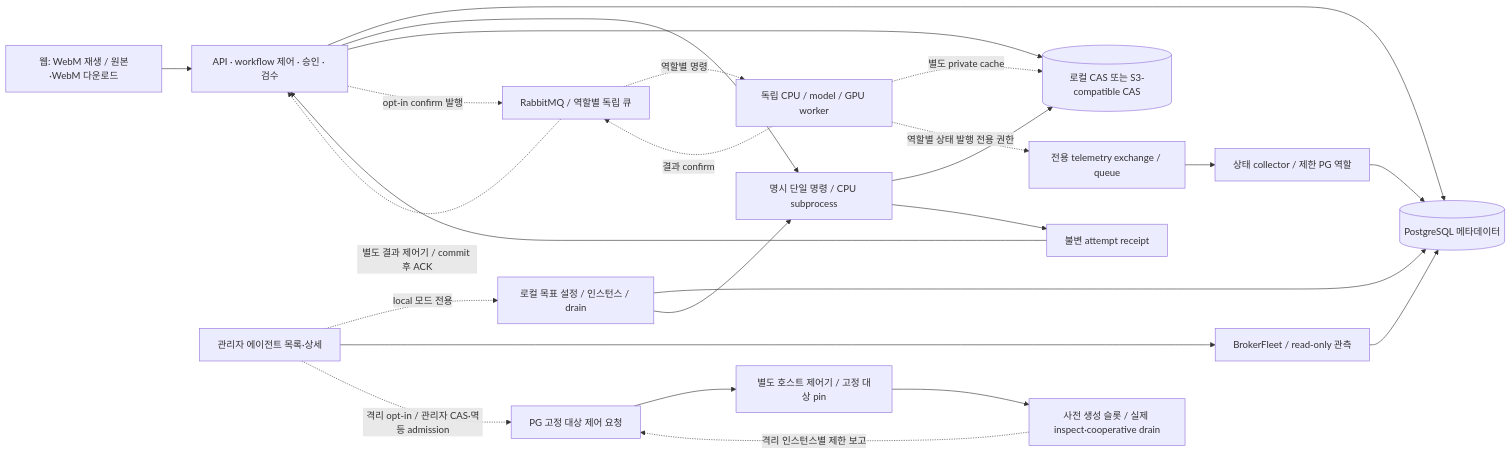
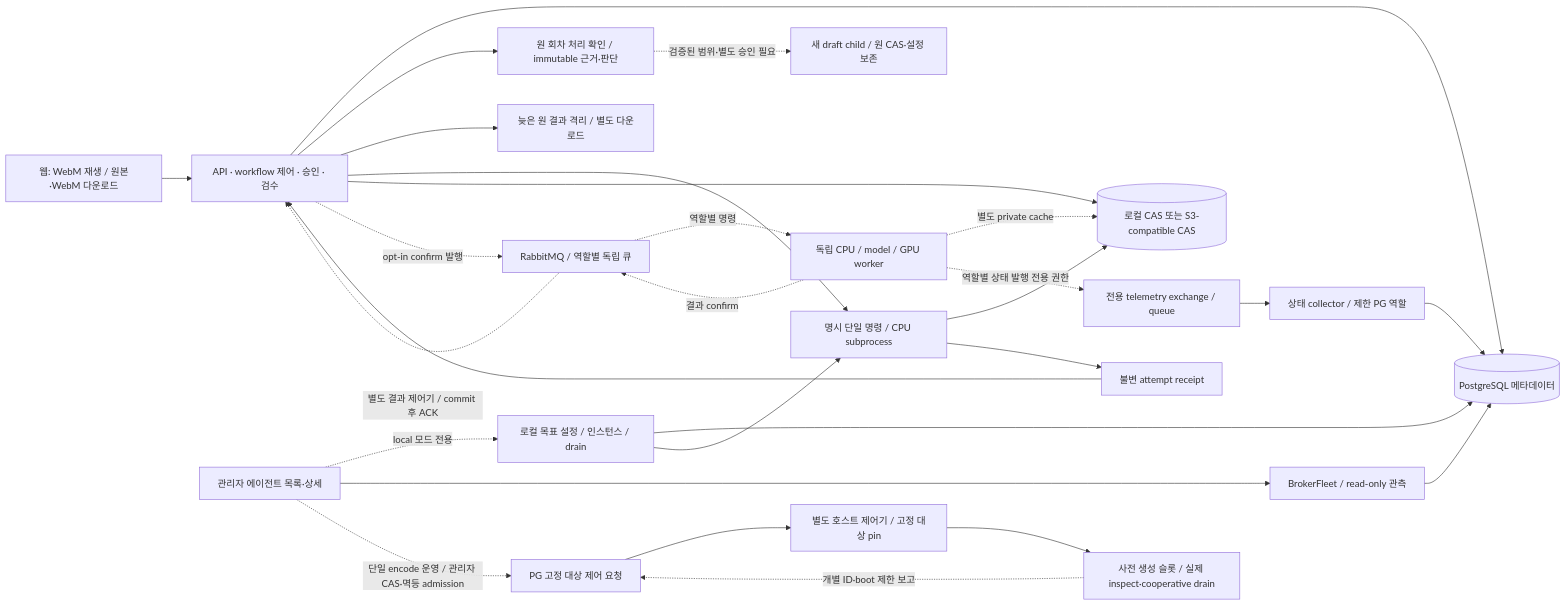
Before and after one commit to orderthan31/mediagent: the diagram in docs/plans/architect.md, drawn with Mermaid. The commit also changed other lines of this file and 2 other files, not shown here.

Commit message:
docs: align plans with deployed processing review release

````diff
--- a/docs/plans/architect.md
+++ b/docs/plans/architect.md
@@ -30,27 +24,30 @@
 ```mermaid
 flowchart LR
   Web[웹: WebM 재생 / 원본·WebM 다운로드] --> App[API · workflow 제어 · 승인 · 검수]
   App --> PG[(PostgreSQL 메타데이터)]
+  App --> Review[원 회차 처리 확인 / immutable 근거·판단]
+  Review -. 검증된 범위·별도 승인 필요 .-> Draft[새 draft child / 원 CAS·설정 보존]
+  App --> Quarantine[늦은 원 결과 격리 / 별도 다운로드]
   App --> CPU[명시 단일 명령 / CPU subprocess]
   Admin[관리자 에이전트 목록·상세] -. local 모드 전용 .-> Fleet[로컬 목표 설정 / 인스턴스 / drain]
   Fleet --> PG
   Fleet --> CPU
   App --> Objects[(로컬 CAS 또는 S3-compatible CAS)]
   CPU --> Objects
   CPU --> Receipt[불변 attempt receipt]
   Receipt --> App
   App -. opt-in confirm 발행 .-> Broker[RabbitMQ / 역할별 독립 큐]
   Broker -. 역할별 명령 .-> Independent[독립 CPU / model / GPU worker]
   Independent -. 결과 confirm .-> Broker
   Broker -. 별도 결과 제어기 / commit 후 ACK .-> App
   Independent -. 별도 private cache .-> Objects
   Independent -. 역할별 상태 발행 전용 권한 .-> StatusMQ[전용 telemetry exchange / queue]
   StatusMQ --> Collector[상태 collector / 제한 PG 역할]
   Collector --> PG
   Admin --> Observation[BrokerFleet / read-only 관측]
   Observation --> PG
-  Admin -. 격리 opt-in / 관리자 CAS·멱등 admission .-> Mailbox[PG 고정 대상 제어 요청]
+  Admin -. 단일 encode 운영 / 관리자 CAS·멱등 admission .-> Mailbox[PG 고정 대상 제어 요청]
   Mailbox --> FixedHost[별도 호스트 제어기 / 고정 대상 pin]
   FixedHost --> FixedSlots[사전 생성 슬롯 / 실제 inspect·cooperative drain]
-  FixedSlots -. 격리 인스턴스별 제한 보고 .-> Mailbox
+  FixedSlots -. 개별 ID·boot 제한 보고 .-> Mailbox
 ```
````
